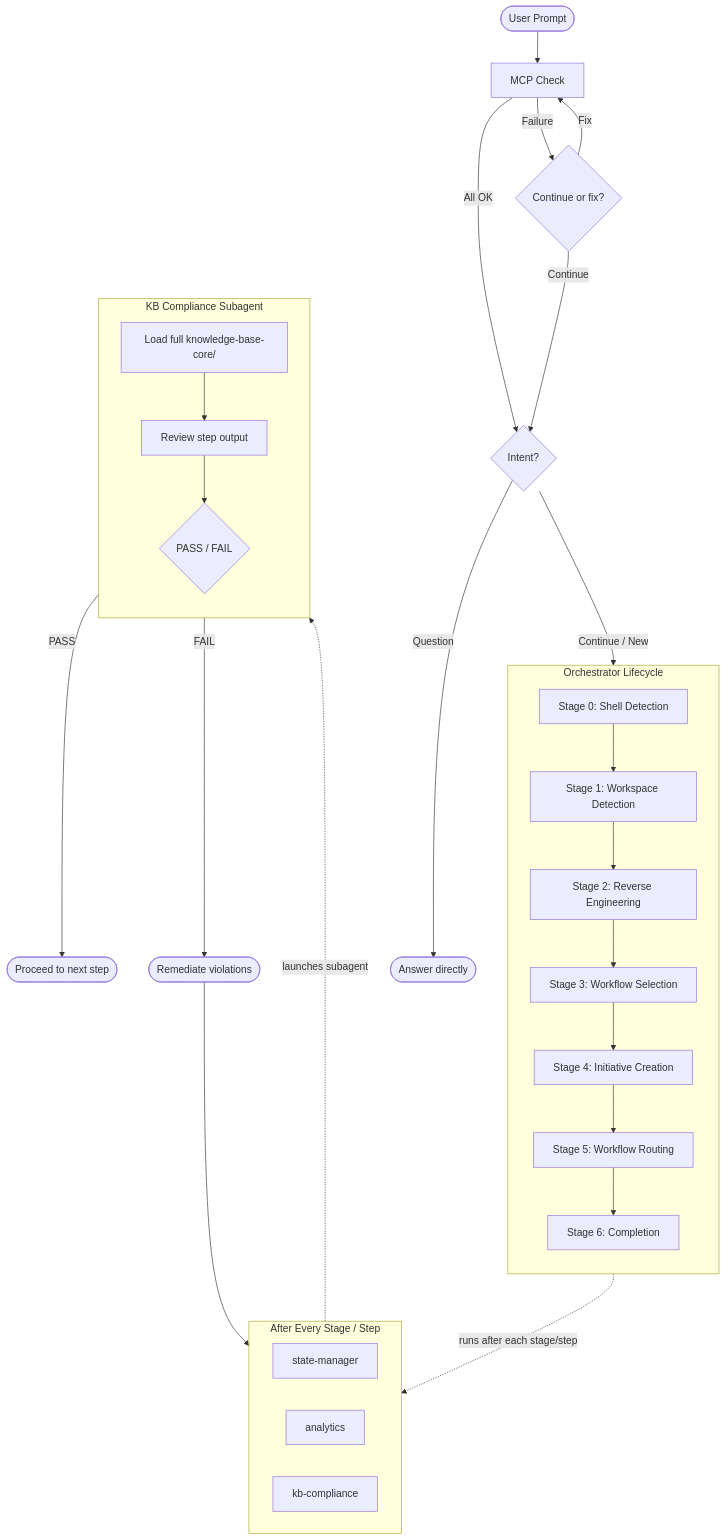
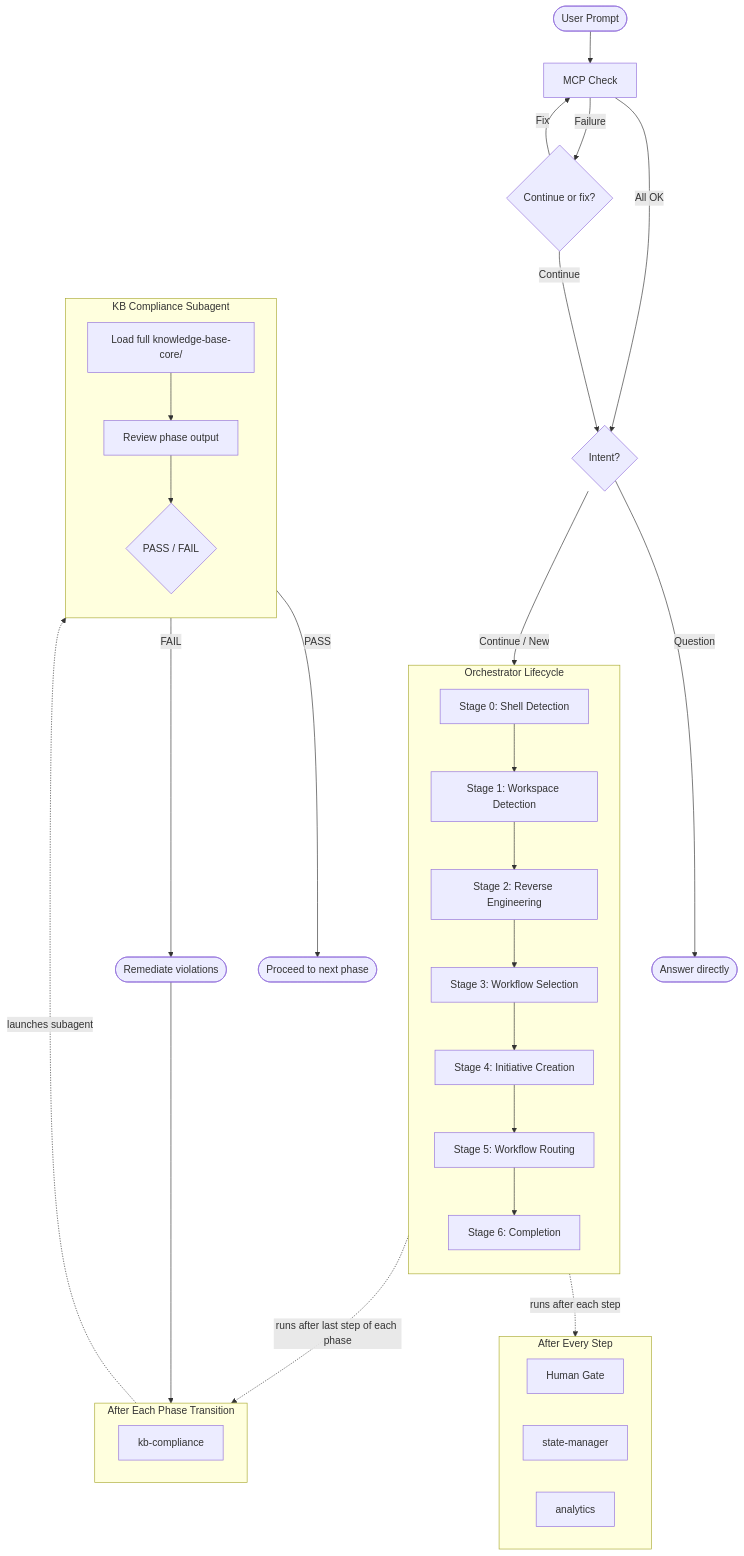
The diagram in README.md (premkumarjanagarajan/fluid-flow-ai), drawn with Mermaid before and after one commit. The commit also changed other lines of this file and 5 other files, not shown here.

First line of the commit message:
feat: add human gate primitive, no-assumption policy, and phase-scoped kb-compliance

````diff
--- a/README.md
+++ b/README.md
@@ -20,47 +24,53 @@
 ```mermaid
 flowchart TD
     Start([User Prompt]) --> MCP[MCP Check]
 
     MCP -- All OK --> Triage
     MCP -- Failure --> Fix{Continue or fix?}
     Fix -- Fix --> MCP
     Fix -- Continue --> Triage
 
     Triage{Intent?}
     Triage -- Question --> Answer([Answer directly])
     Triage -- Continue / New --> Stages
 
     subgraph Stages ["Orchestrator Lifecycle"]
         direction TB
         S0[Stage 0: Shell Detection]
         S1[Stage 1: Workspace Detection]
         S2[Stage 2: Reverse Engineering]
         S3[Stage 3: Workflow Selection]
         S4[Stage 4: Initiative Creation]
         S5[Stage 5: Workflow Routing]
         S6[Stage 6: Completion]
 
         S0 --> S1 --> S2 --> S3 --> S4 --> S5 --> S6
     end
 
-    subgraph PostStep ["After Every Stage / Step"]
+    subgraph PostStep ["After Every Step"]
         direction LR
+        HG[Human Gate]
         SM[state-manager]
         AN[analytics]
+    end
+
+    subgraph PostPhase ["After Each Phase Transition"]
+        direction LR
         KB[kb-compliance]
     end
 
-    Stages -. "runs after each stage/step" .-> PostStep
+    Stages -. "runs after each step" .-> PostStep
+    Stages -. "runs after last step of each phase" .-> PostPhase
 
     subgraph KBCheck ["KB Compliance Subagent"]
         direction TB
         LoadKB["Load full knowledge-base-core/"]
-        Review["Review step output"]
+        Review["Review phase output"]
         Verdict{"PASS / FAIL"}
         LoadKB --> Review --> Verdict
     end
 
     KB -. "launches subagent" .-> KBCheck
-    Verdict -- PASS --> Continue([Proceed to next step])
+    Verdict -- PASS --> Continue([Proceed to next phase])
     Verdict -- FAIL --> Remediate([Remediate violations]) --> KB
 ```
````
